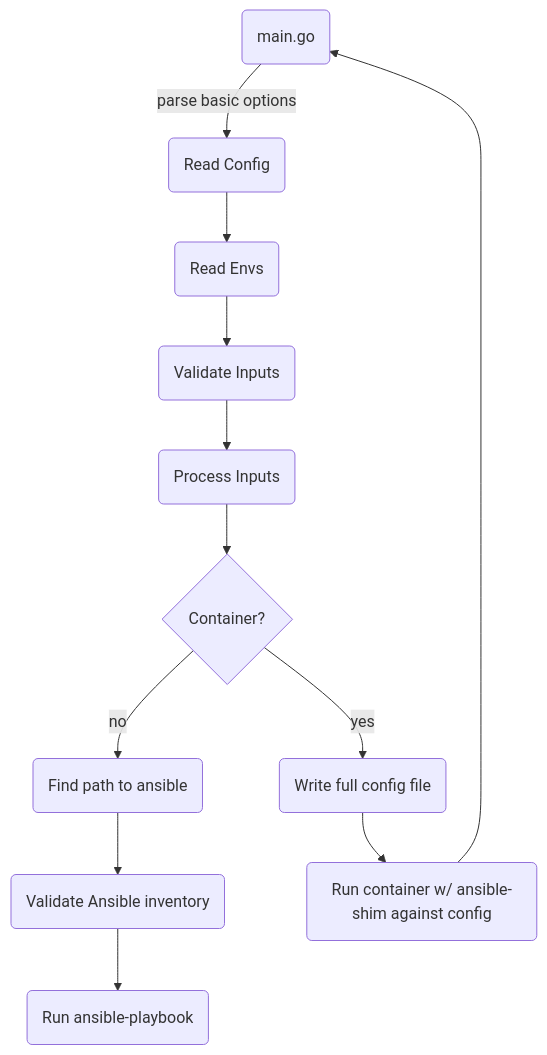
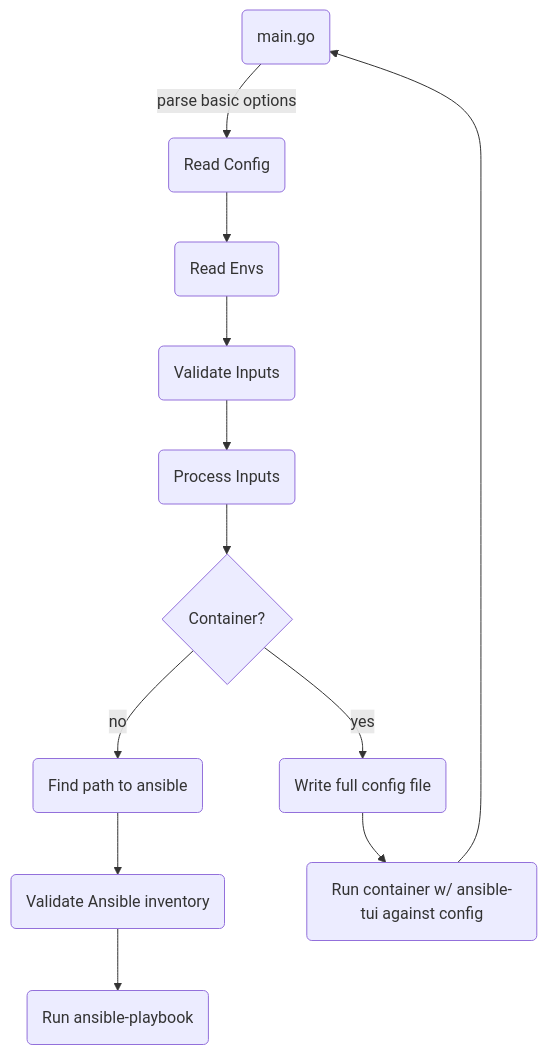
One commit to msgarbossa/ansible-tui changed the diagram in README.md. Above: the diagram before and after it, drawn with Mermaid. The commit also changed other lines of this file and 25 other files, not shown here.

````diff
--- a/README.md
+++ b/README.md
@@ -9,14 +9,14 @@
 ```mermaid
 flowchart TD
     A(main.go) -->|parse basic options| B(Read Config)
     B --> C(Read Envs)
     C --> D(Validate Inputs)
     D --> E(Process Inputs)
     E --> F{Container?}
     F --> |no| G(Find path to ansible)
     F --> |yes| H(Write full config file)
-    H --> I(Run container w/ ansible-shim against config)
+    H --> I(Run container w/ ansible-tui against config)
     I --> A
     G --> J(Validate Ansible inventory)
     J --> K(Run ansible-playbook)
 ```  
````
